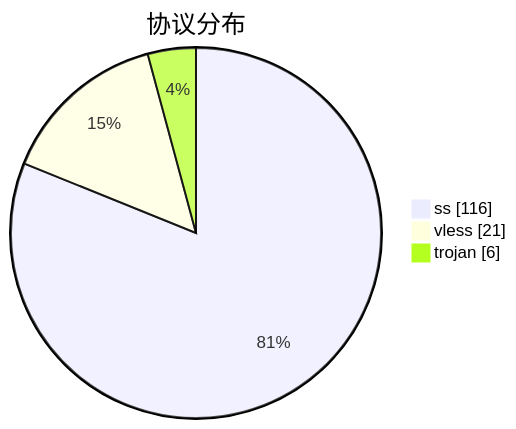
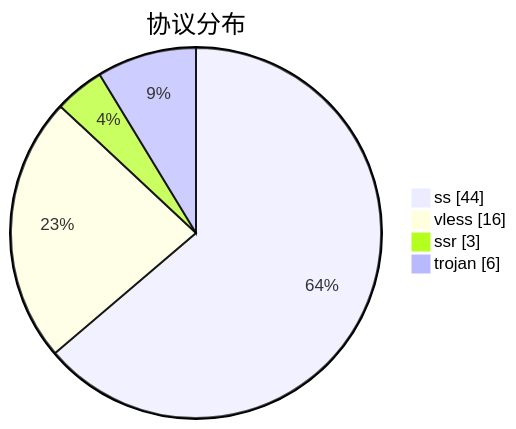
Before and after one commit to qjlxg/airport: the third of 3 diagrams in subs/statistics/tested_within.md, drawn with Mermaid. The commit also changed other lines of this file and 2 other files, not shown here.

````diff
--- a/subs/statistics/tested_within.md
+++ b/subs/statistics/tested_within.md
@@ -30,7 +24,8 @@
 ```mermaid
 pie showData
 title 协议分布
-"ss" : 116
-"vless" : 21
+"ss" : 44
+"vless" : 16
+"ssr" : 3
 "trojan" : 6
 ```
````
